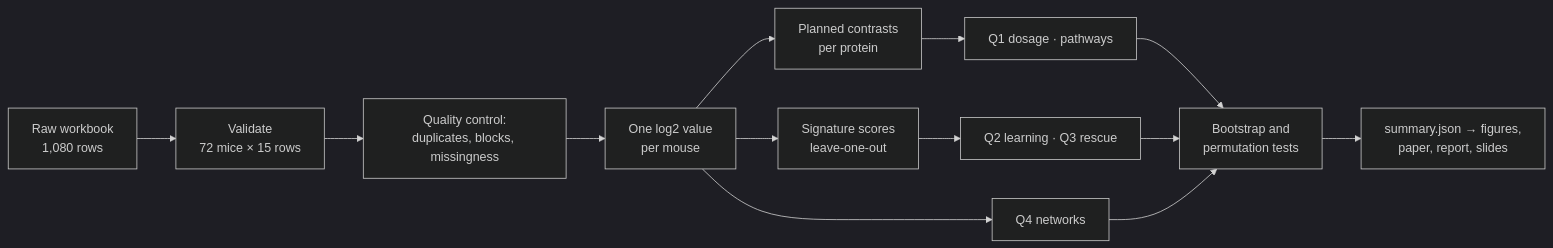
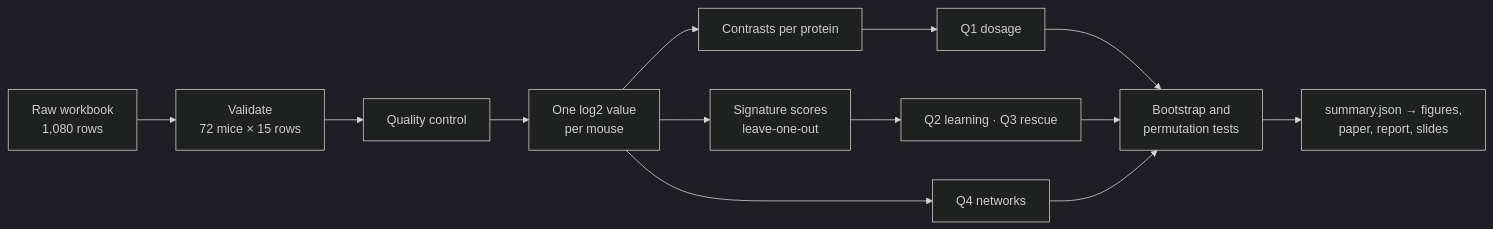
Before and after one commit to noushin-omidvar/MiceProteinExpression: the diagram in README.md, drawn with Mermaid (dark theme). The commit also changed other lines of this file and 81 other files, not shown here.

First line of the commit message:
Rewrite decks, reports and READMEs around one eight-step outline with explainer graphics

````diff
--- a/README.md
+++ b/README.md
@@ -74,13 +111,13 @@
 ```mermaid
 flowchart LR
     A[Raw workbook<br/>1,080 rows] --> B[Validate<br/>72 mice × 15 rows]
-    B --> C[Quality control:<br/>duplicates, blocks, missingness]
+    B --> C[Quality control]
     C --> D[One log2 value<br/>per mouse]
-    D --> E[Planned contrasts<br/>per protein]
+    D --> E[Contrasts per protein]
     D --> F[Signature scores<br/>leave-one-out]
-    E --> G[Q1 dosage · pathways]
+    E --> G[Q1 dosage]
     F --> H[Q2 learning · Q3 rescue]
     D --> I[Q4 networks]
     G & H & I --> J[Bootstrap and<br/>permutation tests]
     J --> K[summary.json → figures,<br/>paper, report, slides]
 ```
````
